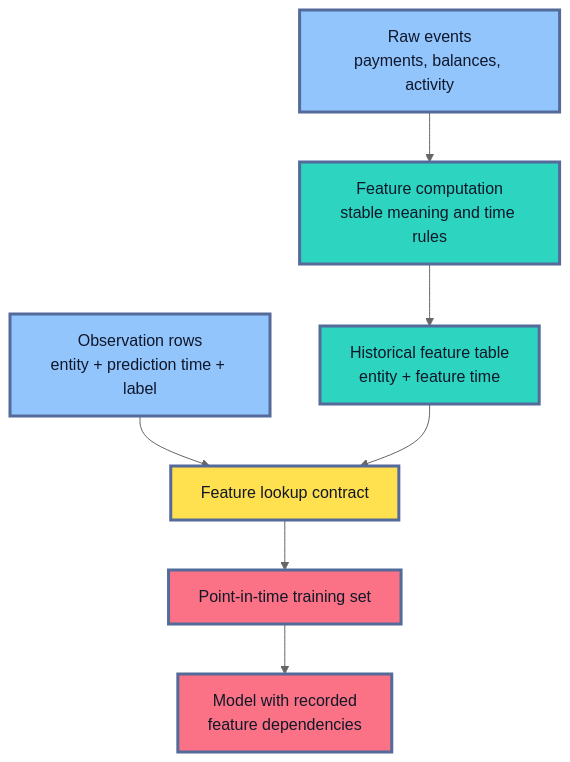
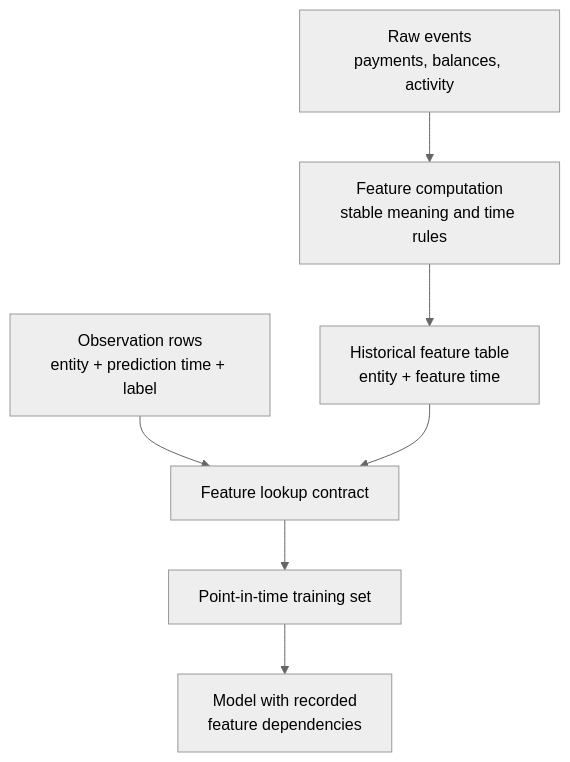
Before and after one commit to senlinyy/dev-roadmaps: the first of 2 diagrams in roadmaps/mlops/modules/mlops-infrastructure/cloud-mlops-services/databricks-mlops/03-feature-engineering-point-in-time-correctness.md, drawn with Mermaid (neutral theme). The commit also changed other lines of this file and 152 other files, not shown here.

Commit message:
feat: mlops and diagrams updated

````diff
--- a/roadmaps/mlops/modules/mlops-infrastructure/cloud-mlops-services/databricks-mlops/03-feature-engineering-point-in-time-correctness.md
+++ b/roadmaps/mlops/modules/mlops-infrastructure/cloud-mlops-services/databricks-mlops/03-feature-engineering-point-in-time-correctness.md
@@ -115,18 +115,14 @@
 ```mermaid
 flowchart TD
     A["Raw events<br/>payments, balances, activity"] --> B["Feature computation<br/>stable meaning and time rules"]
     B --> C["Historical feature table<br/>entity + feature time"]
     D["Observation rows<br/>entity + prediction time + label"] --> E["Feature lookup contract"]
     C --> E
     E --> F["Point-in-time training set"]
     F --> G["Model with recorded<br/>feature dependencies"]
 
-    classDef source fill:#93C5FD,stroke:#536A9A,stroke-width:3px,color:#0F172A
-    classDef meaning fill:#2DD4BF,stroke:#536A9A,stroke-width:3px,color:#0F172A
-    classDef rule fill:#FFE04F,stroke:#536A9A,stroke-width:3px,color:#111827
-    classDef output fill:#FB7185,stroke:#536A9A,stroke-width:3px,color:#111827
     class A,D source
     class B,C meaning
     class E rule
     class F,G output
 ```
````
